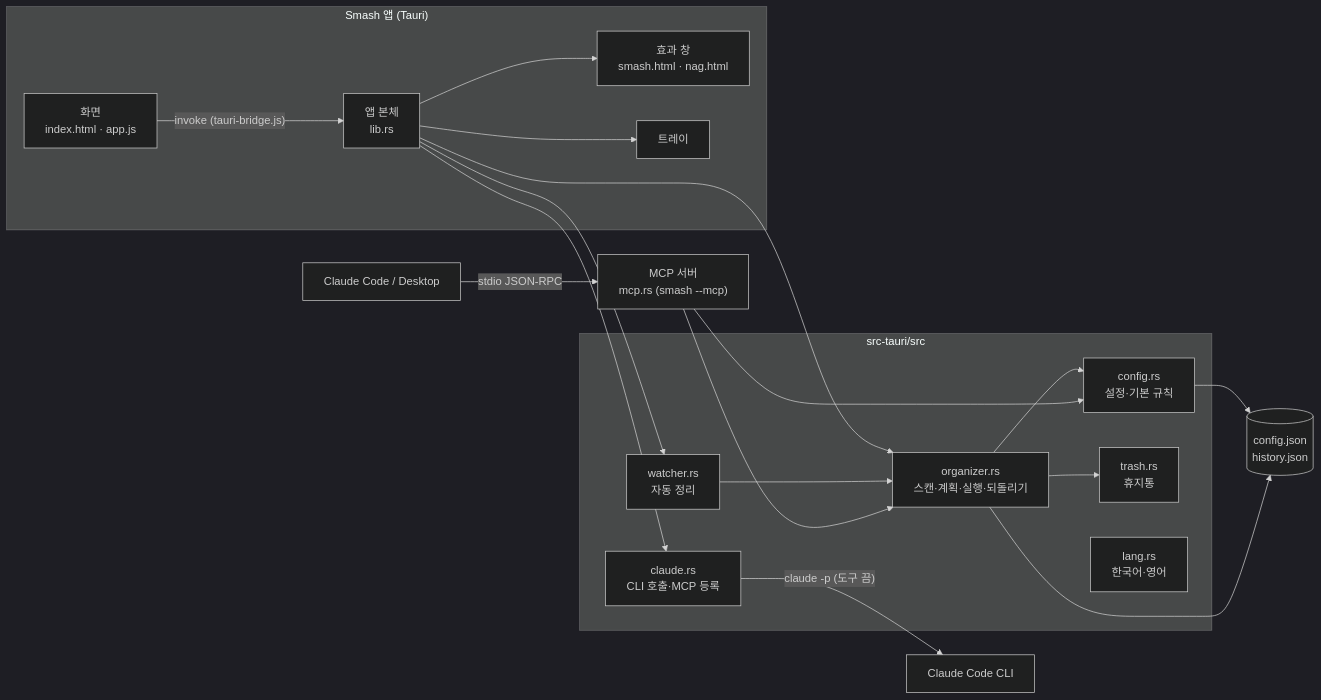
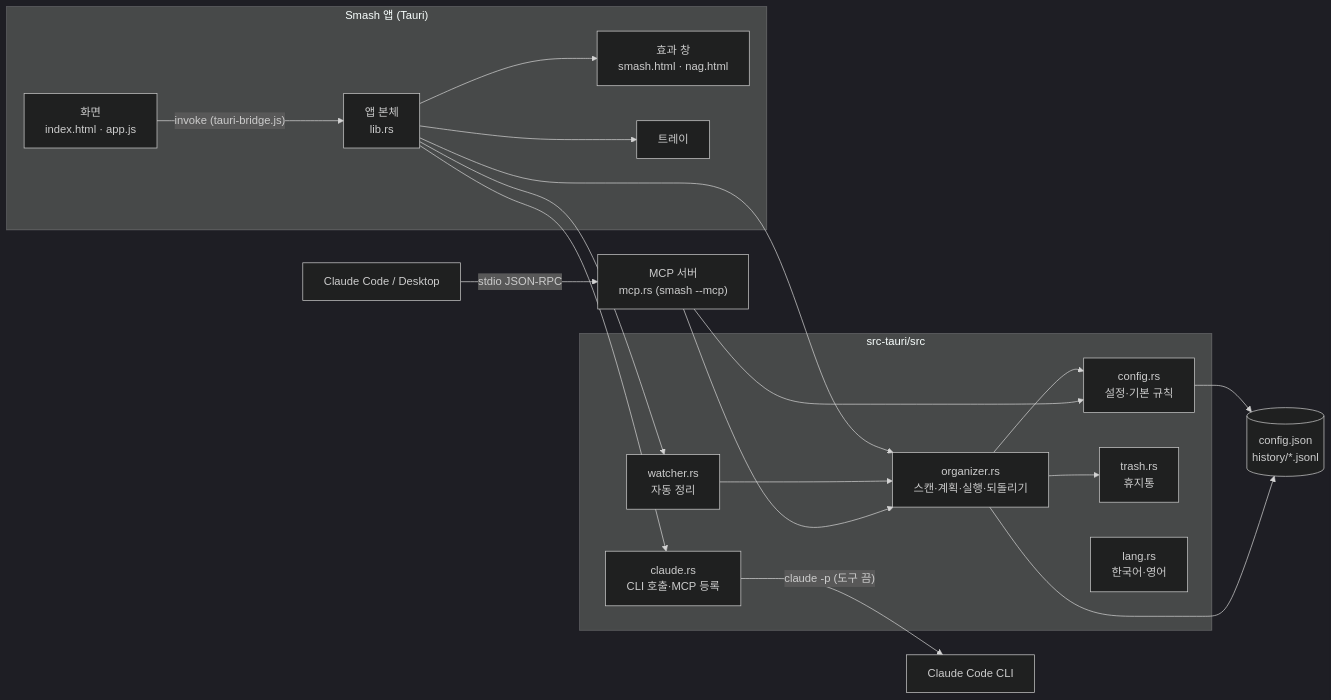
Before and after one commit to ESeungJun/smash: the diagram in docs/설계서.md, drawn with Mermaid (dark theme). The commit also changed other lines of this file and 5 other files, not shown here.

````diff
--- a/docs/설계서.md
+++ b/docs/설계서.md
@@ -31,28 +31,28 @@
 ```mermaid
 flowchart LR
   subgraph App["Smash 앱 (Tauri)"]
     R["화면<br/>index.html · app.js"] -- "invoke (tauri-bridge.js)" --> M["앱 본체<br/>lib.rs"]
     M --> FX["효과 창<br/>smash.html · nag.html"]
     M --> T["트레이"]
   end
   subgraph Core["src-tauri/src"]
     O["organizer.rs<br/>스캔·계획·실행·되돌리기"]
     C["config.rs<br/>설정·기본 규칙"]
     W["watcher.rs<br/>자동 정리"]
     CL["claude.rs<br/>CLI 호출·MCP 등록"]
     TR["trash.rs<br/>휴지통"]
     LG["lang.rs<br/>한국어·영어"]
   end
   M --> O
   M --> W
   M --> CL
   O --> TR
   O --> C
   W --> O
   MCP["MCP 서버<br/>mcp.rs (smash --mcp)"] --> O
   MCP --> C
   CC["Claude Code / Desktop"] -- "stdio JSON-RPC" --> MCP
   CL -- "claude -p (도구 끔)" --> CLI["Claude Code CLI"]
-  C --> F[("config.json<br/>history.json")]
+  C --> F[("config.json<br/>history/*.jsonl")]
   O --> F
 ```
````
